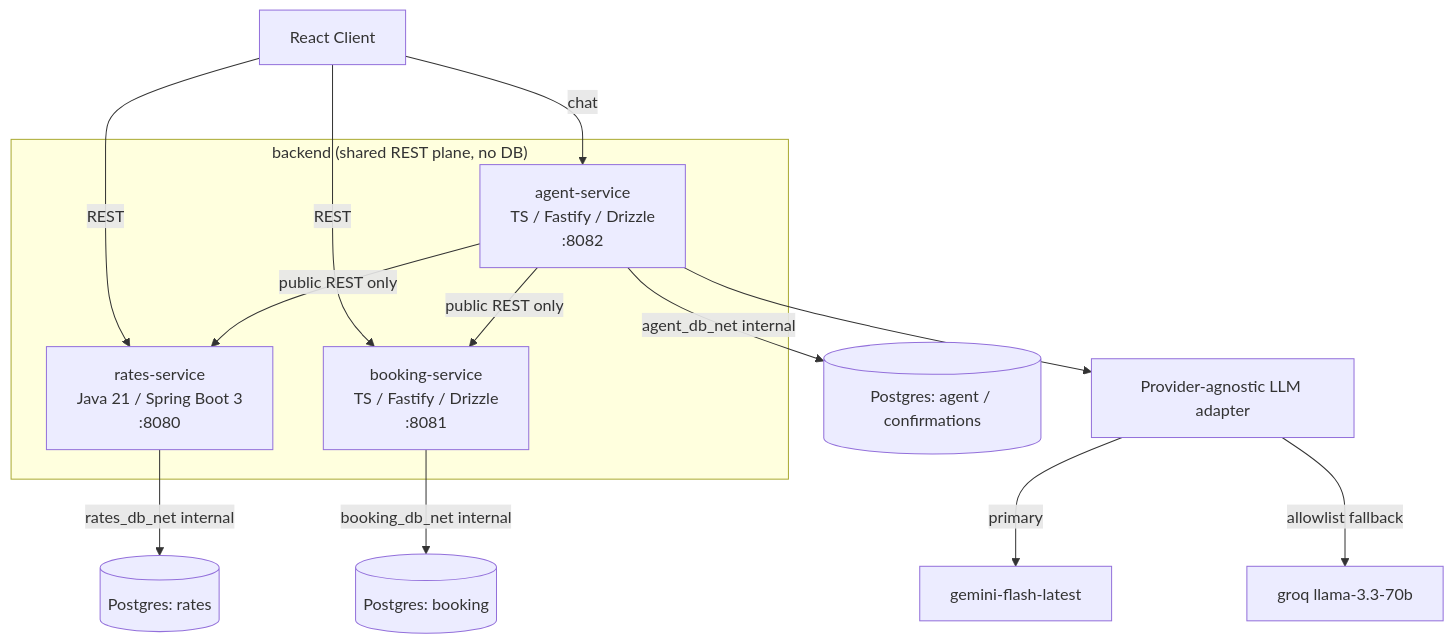
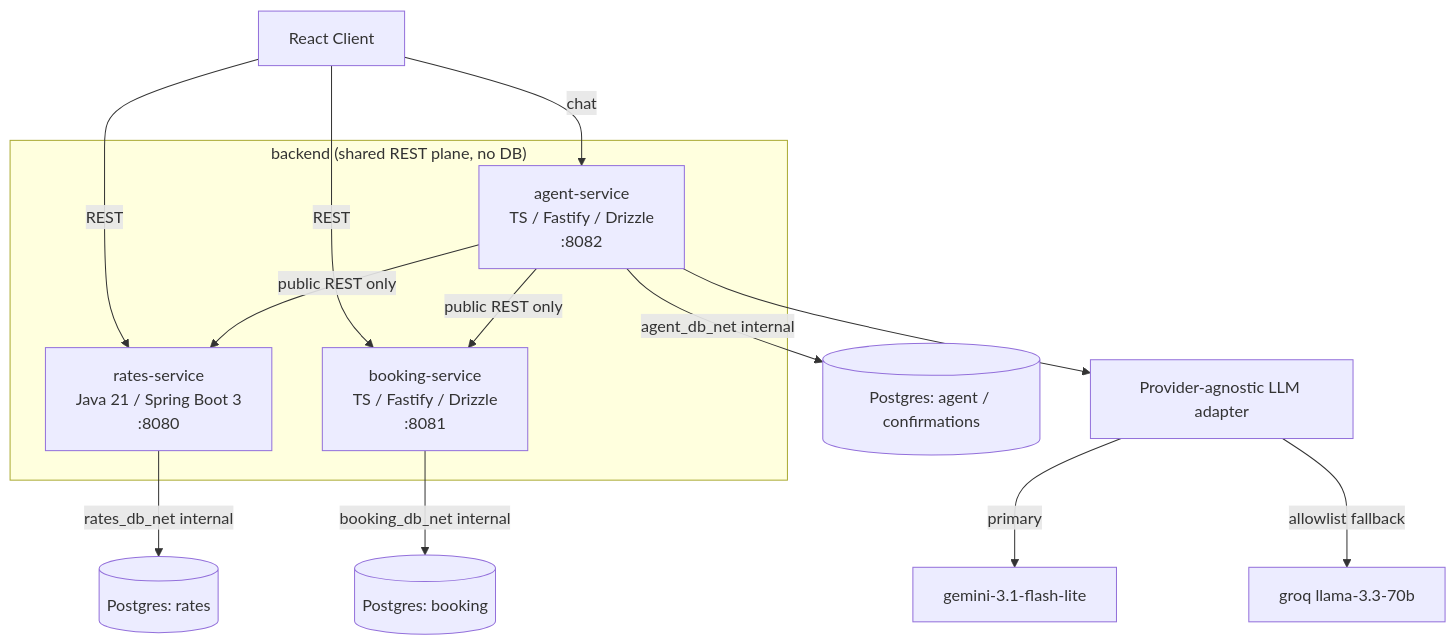
The diagram in README.md (danish7x7/freightpilot), drawn with Mermaid before and after one commit. The commit also changed other lines of this file, not shown here.

````diff
--- a/README.md
+++ b/README.md
@@ -36,25 +44,25 @@
 ```mermaid
 graph TB
     C[React Client]
 
     subgraph backend["backend (shared REST plane, no DB)"]
       R[rates-service<br/>Java 21 / Spring Boot 3<br/>:8080]
       B[booking-service<br/>TS / Fastify / Drizzle<br/>:8081]
       A[agent-service<br/>TS / Fastify / Drizzle<br/>:8082]
     end
 
     L[Provider-agnostic LLM adapter]
 
     C -->|REST| R
     C -->|REST| B
     C -->|chat| A
     A -->|public REST only| R
     A -->|public REST only| B
     A --> L
-    L -->|primary| P1[gemini-flash-latest]
+    L -->|primary| P1[gemini-3.1-flash-lite]
     L -->|allowlist fallback| P2[groq llama-3.3-70b]
 
     R -->|rates_db_net internal| DR[(Postgres: rates)]
     B -->|booking_db_net internal| DB[(Postgres: booking)]
     A -->|agent_db_net internal| DA[(Postgres: agent / confirmations)]
 ```
````
